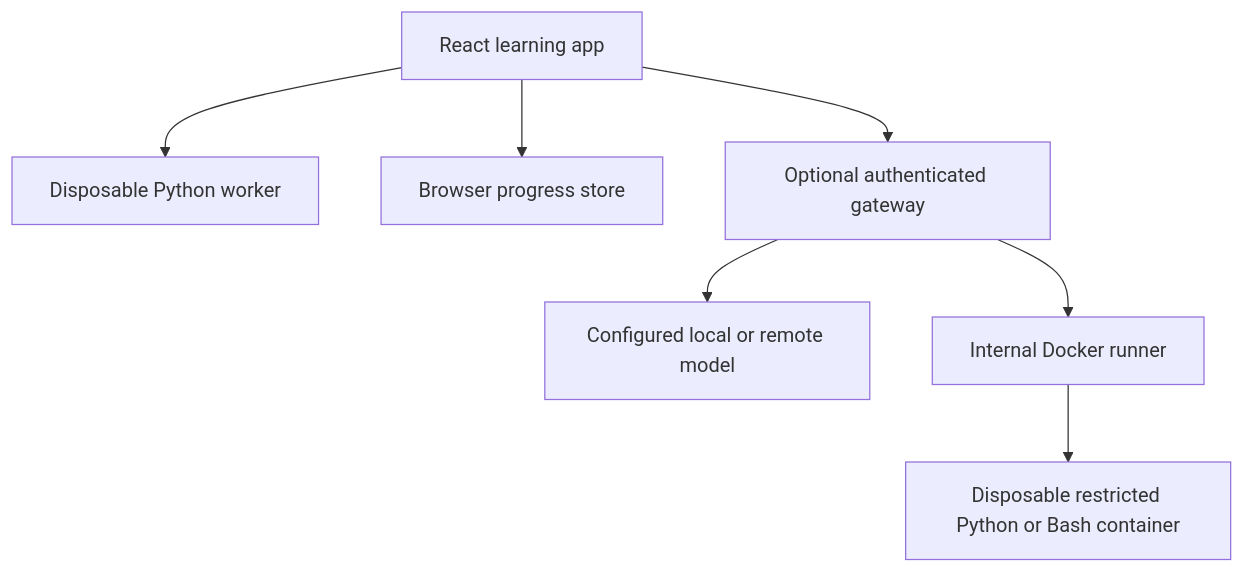
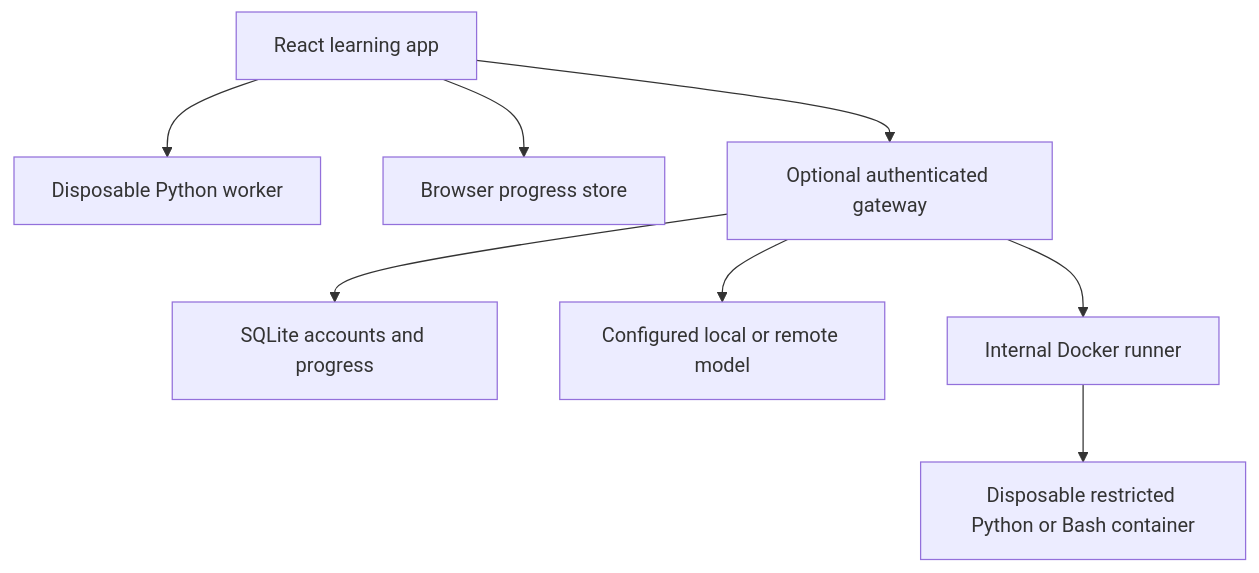
The diagram in docs/ARCHITECTURE.md (rclevenger-hm/Platform_Forge), drawn with Mermaid before and after one commit. The commit also changed other lines of this file and 8 other files, not shown here.

````diff
--- a/docs/ARCHITECTURE.md
+++ b/docs/ARCHITECTURE.md
@@ -3,9 +3,10 @@
 ```mermaid
 flowchart TD
   Browser[React learning app] --> Worker[Disposable Python worker]
   Browser --> Progress[Browser progress store]
   Browser --> API[Optional authenticated gateway]
+  API --> Accounts[SQLite accounts and progress]
   API --> Model[Configured local or remote model]
   API --> Runner[Internal Docker runner]
   Runner --> Lab[Disposable restricted Python or Bash container]
 ```
````
